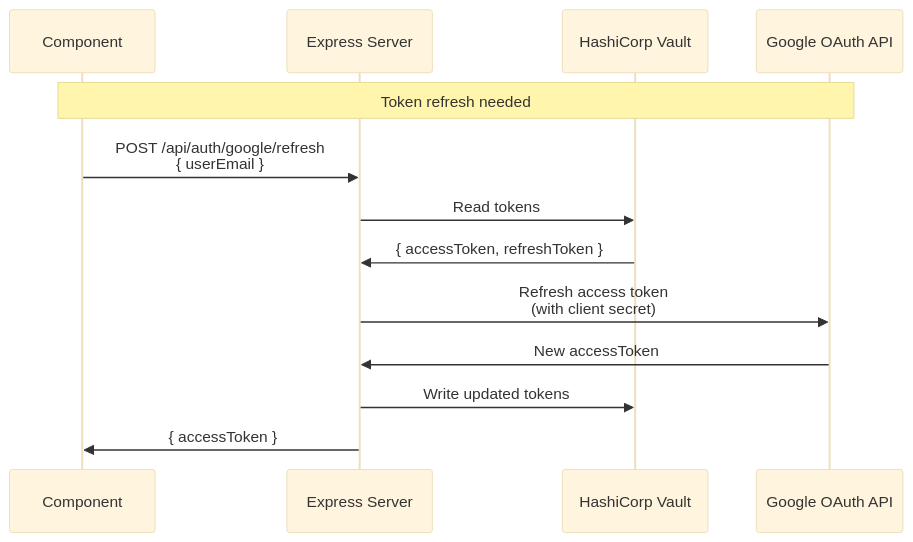
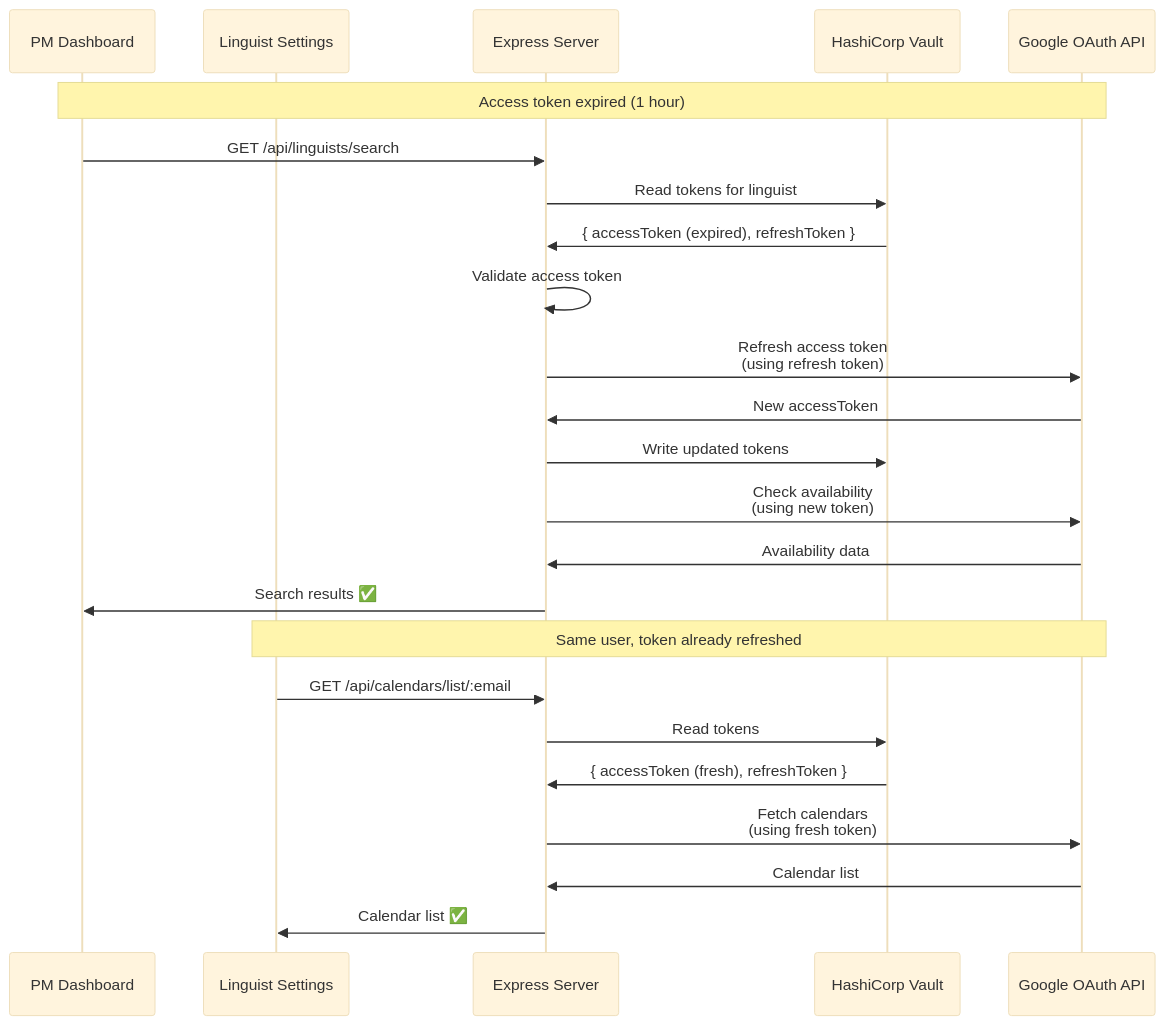
Before and after one commit to nicmart-dev/linguistnow: the second of 3 diagrams in docs/google-authentication.md, drawn with Mermaid (base theme). The commit also changed other lines of this file and 13 other files, not shown here.

First line of the commit message:
docs: update architecture, deployment, and integration documentation

````diff
--- a/docs/google-authentication.md
+++ b/docs/google-authentication.md
@@ -129,17 +194,30 @@
 ```mermaid
 sequenceDiagram
-    participant Component
+    participant PM as PM Dashboard
+    participant LS as Linguist Settings
     participant Server as Express Server
     participant Vault as HashiCorp Vault
     participant Google as Google OAuth API
 
-    Note over Component,Google: Token refresh needed
+    Note over PM,Google: Access token expired (1 hour)
 
-    Component->>Server: POST /api/auth/google/refresh<br/>{ userEmail }
-    Server->>Vault: Read tokens
-    Vault->>Server: { accessToken, refreshToken }
-    Server->>Google: Refresh access token<br/>(with client secret)
+    PM->>Server: GET /api/linguists/search
+    Server->>Vault: Read tokens for linguist
+    Vault->>Server: { accessToken (expired), refreshToken }
+    Server->>Server: Validate access token
+    Server->>Google: Refresh access token<br/>(using refresh token)
     Google->>Server: New accessToken
     Server->>Vault: Write updated tokens
-    Server->>Component: { accessToken }
+    Server->>Google: Check availability<br/>(using new token)
+    Google->>Server: Availability data
+    Server->>PM: Search results ✅
+
+    Note over LS,Google: Same user, token already refreshed
+
+    LS->>Server: GET /api/calendars/list/:email
+    Server->>Vault: Read tokens
+    Vault->>Server: { accessToken (fresh), refreshToken }
+    Server->>Google: Fetch calendars<br/>(using fresh token)
+    Google->>Server: Calendar list
+    Server->>LS: Calendar list ✅
 ```
````
